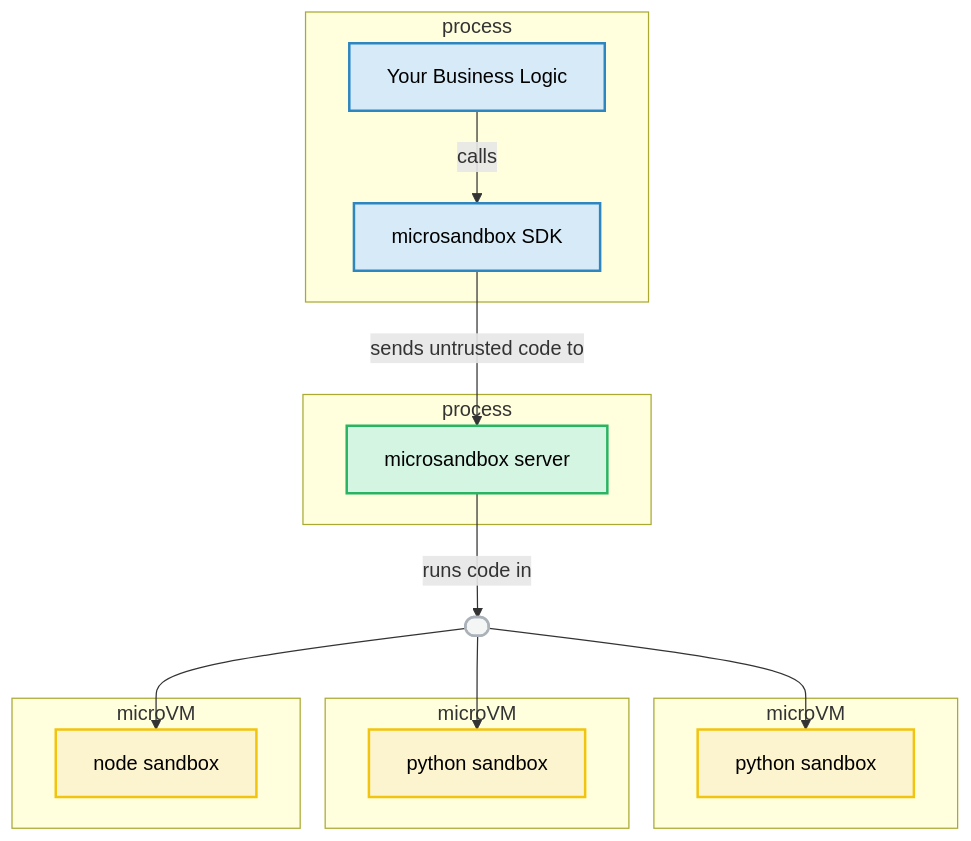
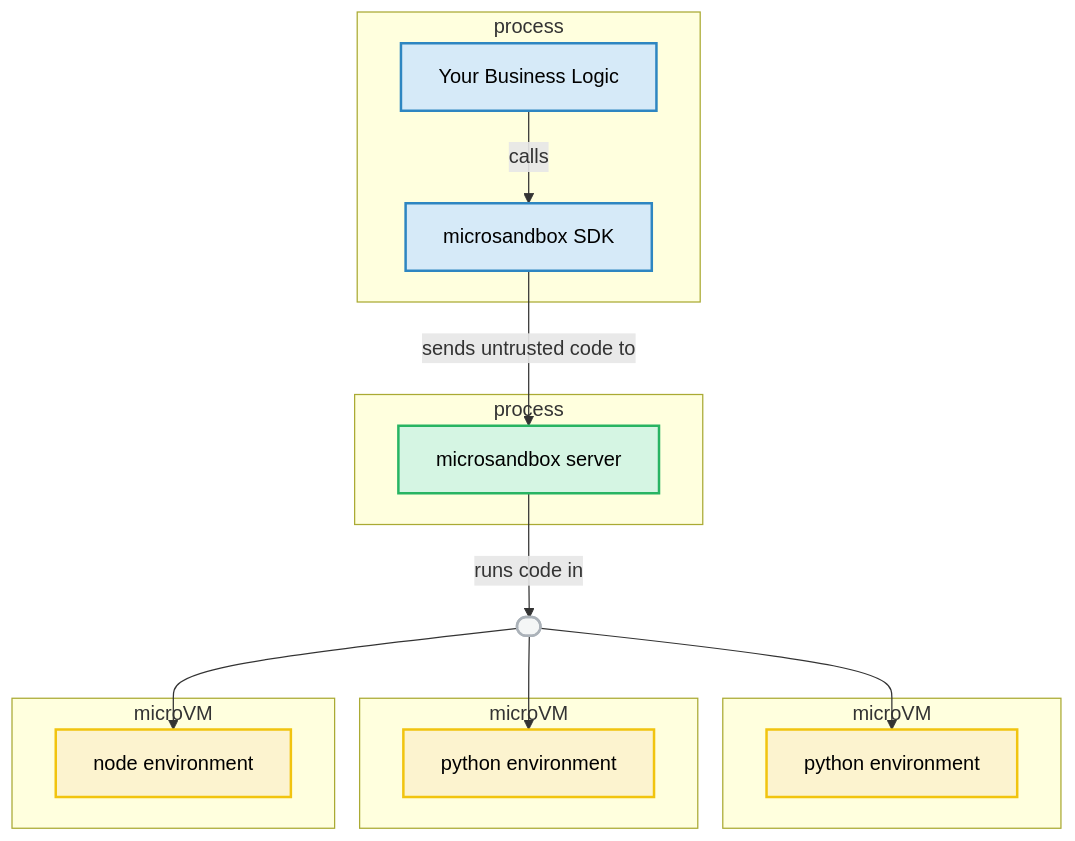
Before and after one commit to radiumce/microsandbox: the diagram in README.md, drawn with Mermaid. The commit also changed other lines of this file, not shown here.

````diff
--- a/README.md
+++ b/README.md
@@ -213,45 +221,45 @@
 ```mermaid
 flowchart TB
     %% ── Client side ──────────────────────────
     subgraph ClientProcess["process"]
         A["Your Business Logic"]
         B["microsandbox SDK"]
         A -->|calls| B
     end
 
     %% ── Server side ─────────────────────────
     subgraph ServerProcess["process"]
         C["microsandbox server"]
     end
     B -->|sends untrusted code to| C
 
     %% ── Branching hub ───────────────────────
     D([ ])
     C -->|runs code in| D
 
     %% ── Individual MicroVMs ────────────────
     subgraph VM1["microVM"]
-        VM1S["python sandbox"]
+        VM1S["python environment"]
     end
 
     subgraph VM2["microVM"]
-        VM2S["python sandbox"]
+        VM2S["python environment"]
     end
 
     subgraph VM3["microVM"]
-        VM3S["node sandbox"]
+        VM3S["node environment"]
     end
 
     D --> VM1S
     D --> VM2S
     D --> VM3S
 
     %% ── Styling ─────────────────────────────
     style A    fill:#D6EAF8,stroke:#2E86C1,stroke-width:2px,color:#000000
     style B    fill:#D6EAF8,stroke:#2E86C1,stroke-width:2px,color:#000000
     style C    fill:#D5F5E3,stroke:#28B463,stroke-width:2px,color:#000000
     style D    fill:#F4F6F6,stroke:#ABB2B9,stroke-width:2px,color:#000000
     style VM1S fill:#FCF3CF,stroke:#F1C40F,stroke-width:2px,color:#000000
     style VM2S fill:#FCF3CF,stroke:#F1C40F,stroke-width:2px,color:#000000
     style VM3S fill:#FCF3CF,stroke:#F1C40F,stroke-width:2px,color:#000000
 ```
````
